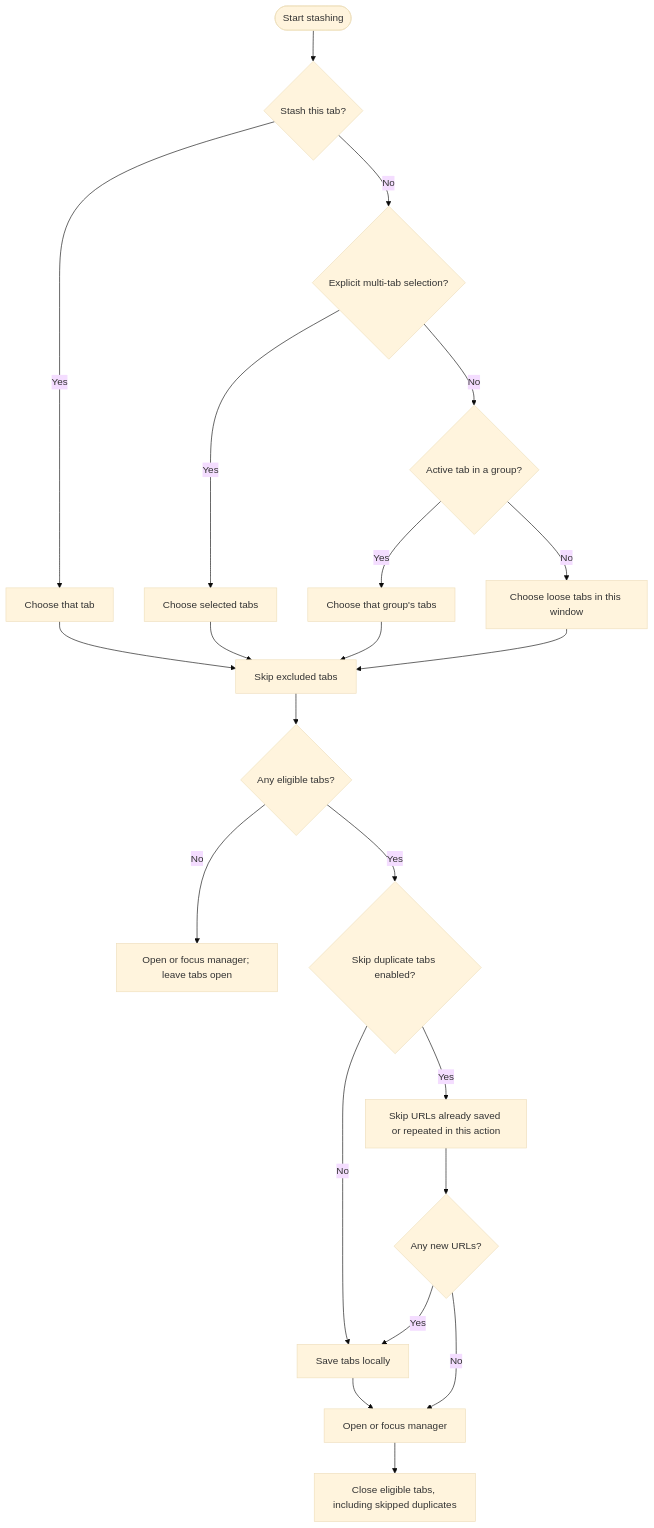
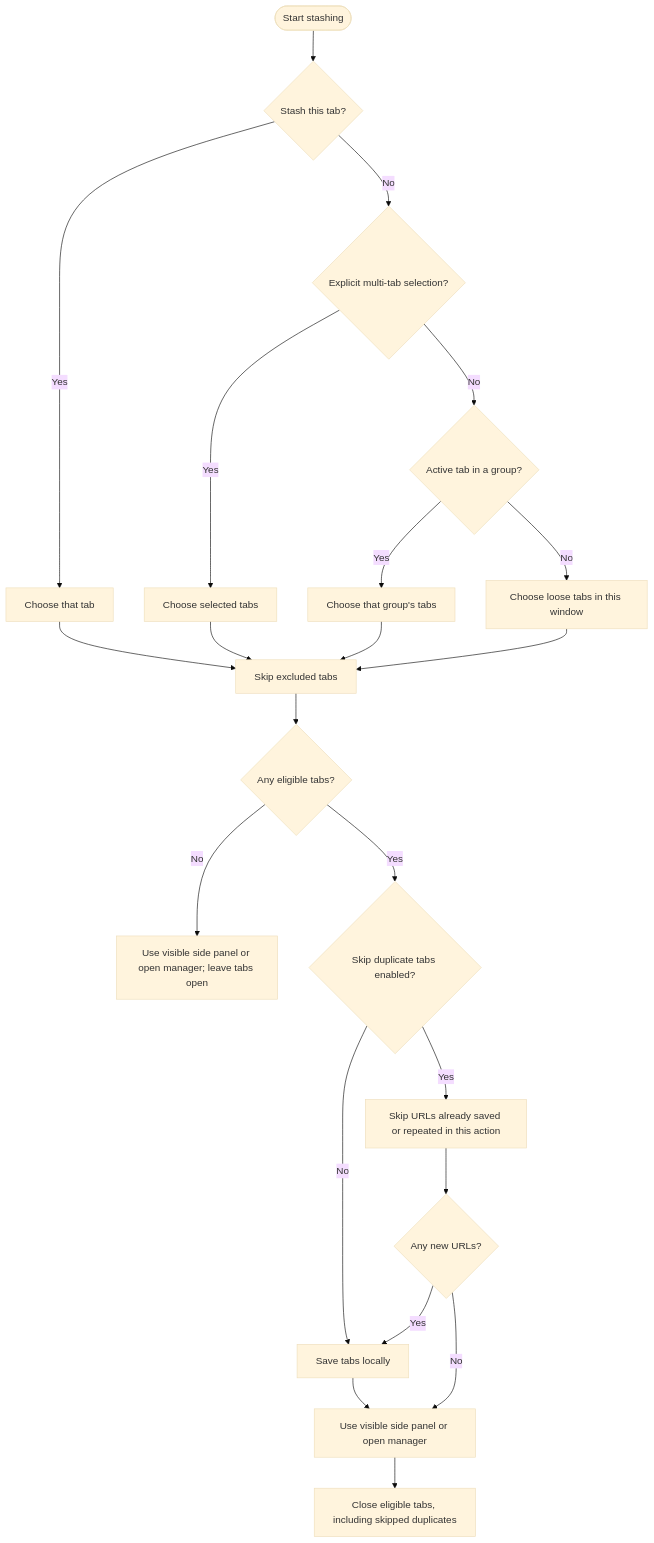
One commit to taichikuji/Stasher changed the first of 2 diagrams in README.md. Above: the diagram before and after it, drawn with Mermaid (base theme). The commit also changed other lines of this file and 3 other files, not shown here.

First line of the commit message:
fix: prevent duplicate dashboard and side panel views (#26)

````diff
--- a/README.md
+++ b/README.md
@@ -29,26 +29,26 @@
 ```mermaid
 flowchart TD
   accTitle: How Stasher saves tabs
-  accDescr: Stash one chosen tab, explicitly selected tabs, the active tab's group, or loose tabs. A split view's automatically highlighted panes follow the group or loose-tabs behavior. Filter excluded tabs and optionally skip duplicate URLs, save new tabs locally, open the manager, and close eligible tabs including skipped duplicates. If none are eligible, only open the manager.
+  accDescr: Stash one chosen tab, explicitly selected tabs, the active tab's group, or loose tabs. A split view's automatically highlighted panes follow the group or loose-tabs behavior. Filter excluded tabs and optionally skip duplicate URLs, save new tabs locally, use the visible side panel or open the manager, and close eligible tabs including skipped duplicates. If none are eligible, only show the manager.
   Start(["Start stashing"]) --> Single{"Stash this tab?"}
   Single -->|Yes| Chosen["Choose that tab"]
   Single -->|No| Selected{"Explicit multi-tab selection?"}
   Selected -->|Yes| Selection["Choose selected tabs"]
   Selected -->|No| Group{"Active tab in a group?"}
   Group -->|Yes| GroupTabs["Choose that group's tabs"]
   Group -->|No| Loose["Choose loose tabs in this window"]
   Chosen --> Filter["Skip excluded tabs"]
   Selection --> Filter
   GroupTabs --> Filter
   Loose --> Filter
   Filter --> Eligible{"Any eligible tabs?"}
-  Eligible -->|No| ManagerOnly["Open or focus manager; leave tabs open"]
+  Eligible -->|No| ManagerOnly["Use visible side panel or open manager; leave tabs open"]
   Eligible -->|Yes| Duplicates{"Skip duplicate tabs enabled?"}
   Duplicates -->|No| Save["Save tabs locally"]
   Duplicates -->|Yes| Unique["Skip URLs already saved or repeated in this action"]
   Unique --> New{"Any new URLs?"}
   New -->|Yes| Save
   New -->|No| Manager
-  Save --> Manager["Open or focus manager"]
+  Save --> Manager["Use visible side panel or open manager"]
   Manager --> Close["Close eligible tabs, including skipped duplicates"]
 ```
````
